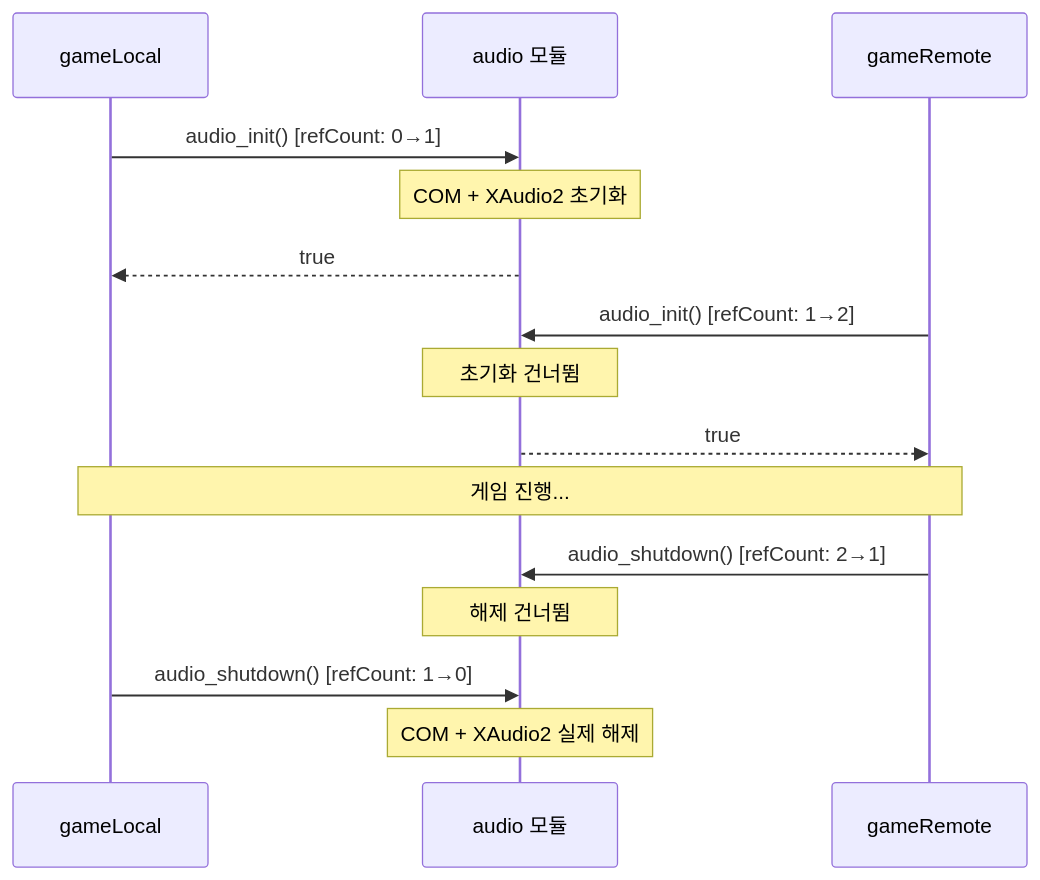
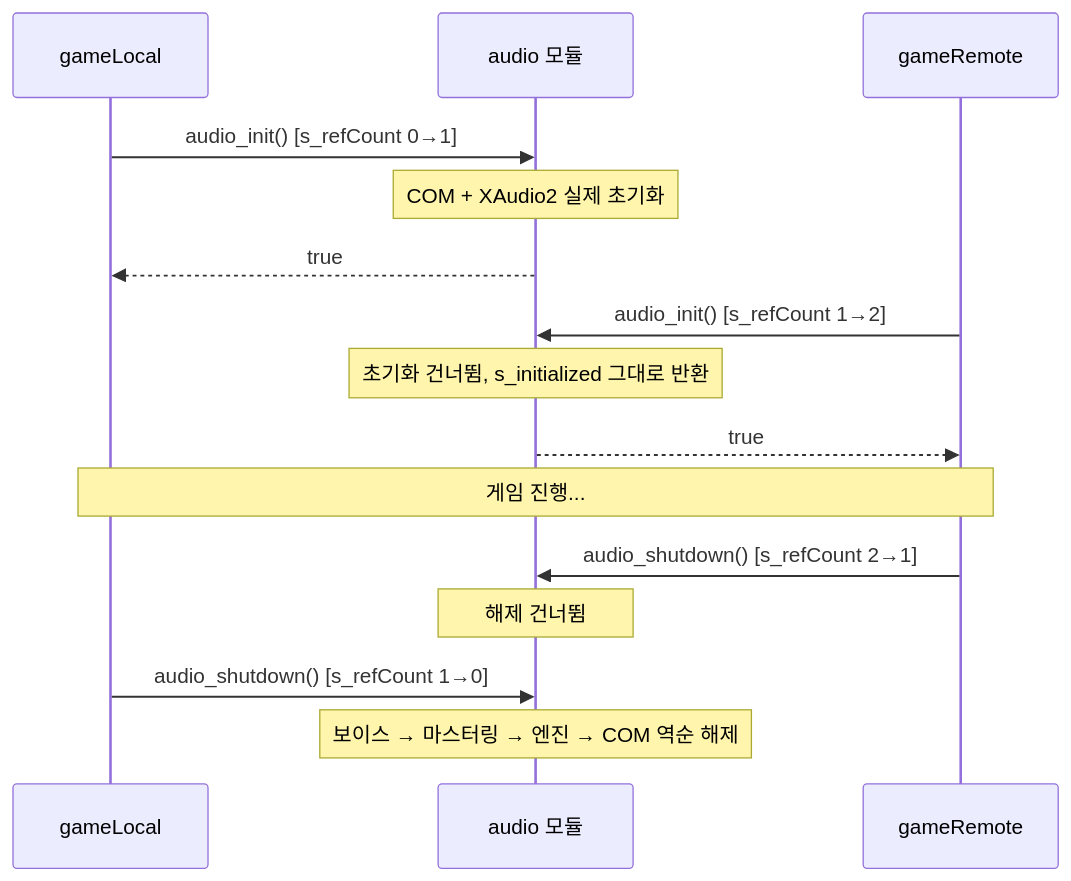
One commit to Rein-ArXiv/Tetris-Multiplayer-RL changed the fourth of 7 diagrams in docs/blog/part5-audio.md. Above: the diagram before and after it, drawn with Mermaid. The commit also changed other lines of this file and 41 other files, not shown here.

````diff
--- a/docs/blog/part5-audio.md
+++ b/docs/blog/part5-audio.md
@@ -644,22 +960,22 @@
 ```mermaid
 sequenceDiagram
     participant GL as gameLocal
     participant A as audio 모듈
     participant GR as gameRemote
 
-    GL->>A: audio_init() [refCount: 0→1]
-    Note over A: COM + XAudio2 초기화
+    GL->>A: audio_init() [s_refCount 0→1]
+    Note over A: COM + XAudio2 실제 초기화
     A-->>GL: true
 
-    GR->>A: audio_init() [refCount: 1→2]
-    Note over A: 초기화 건너뜀
+    GR->>A: audio_init() [s_refCount 1→2]
+    Note over A: 초기화 건너뜀, s_initialized 그대로 반환
     A-->>GR: true
 
     Note over GL,GR: 게임 진행...
 
-    GR->>A: audio_shutdown() [refCount: 2→1]
+    GR->>A: audio_shutdown() [s_refCount 2→1]
     Note over A: 해제 건너뜀
 
-    GL->>A: audio_shutdown() [refCount: 1→0]
-    Note over A: COM + XAudio2 실제 해제
+    GL->>A: audio_shutdown() [s_refCount 1→0]
+    Note over A: 보이스 → 마스터링 → 엔진 → COM 역순 해제
 ```
````
